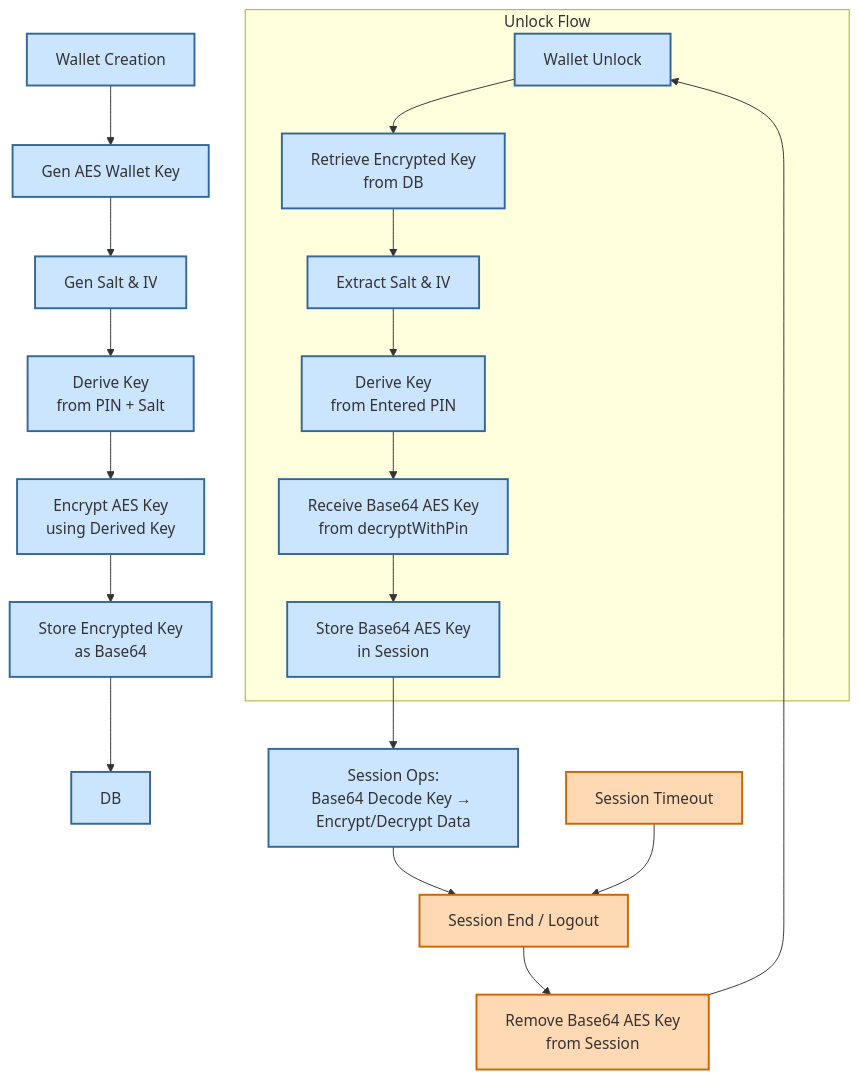
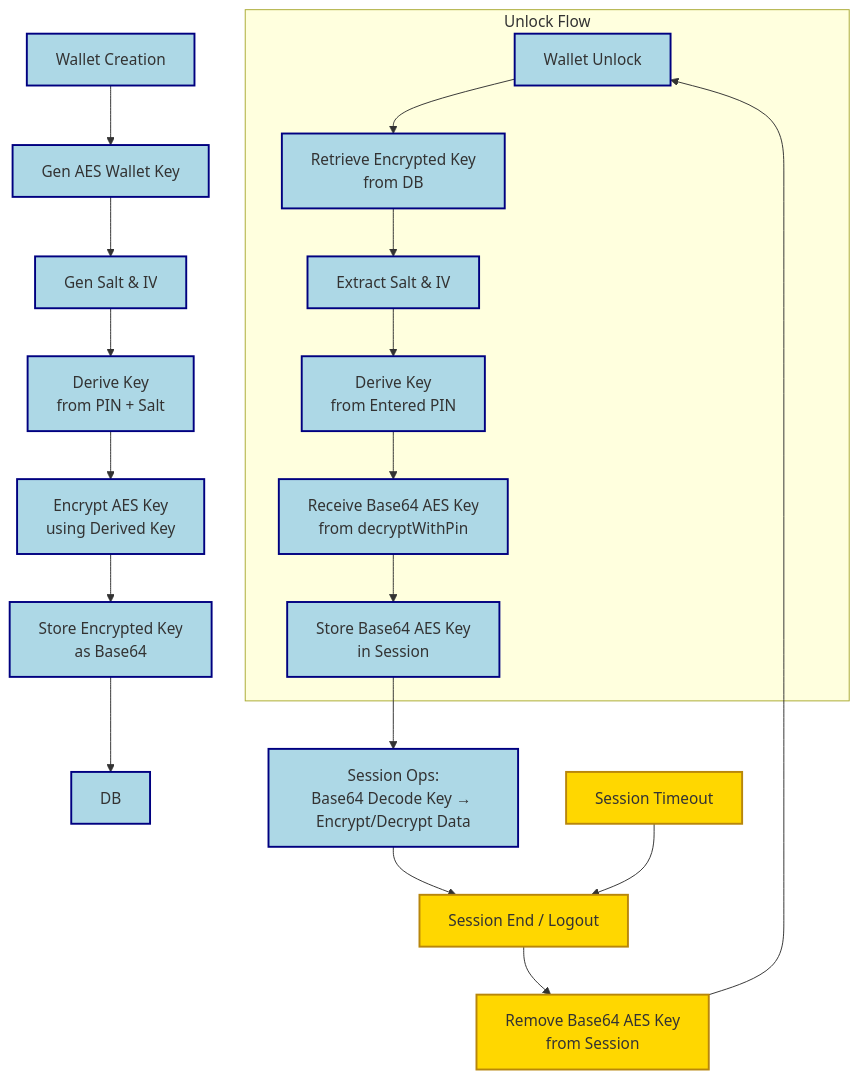
The diagram in docs/UserDataEncryptionWithPinBasedKey.md (injibr/mimoto), drawn with Mermaid before and after one commit.

Commit message:
injiweb-1552 changing colours for dark mode

````diff
--- a/docs/UserDataEncryptionWithPinBasedKey.md
+++ b/docs/UserDataEncryptionWithPinBasedKey.md
@@ -78,36 +78,36 @@
 ```mermaid
 flowchart TD
 %% Wallet Creation Flow
 A[Wallet Creation] --> B[Gen AES Wallet Key]
 B --> C[Gen Salt & IV]
 C --> D[Derive Key<br>from PIN + Salt]
 D --> E[Encrypt AES Key<br>using Derived Key]
 E --> F[Store Encrypted Key<br>as Base64]
 F --> G[DB]
 
     %% Wallet Unlock Subgraph
     subgraph Unlock Flow
         H[Wallet Unlock] --> I[Retrieve Encrypted Key<br>from DB]
         I --> J[Extract Salt & IV]
         J --> K[Derive Key<br>from Entered PIN]
         K --> L[Receive Base64 AES Key<br>from decryptWithPin]
         L --> M[Store Base64 AES Key<br>in Session]
     end
 
     %% Session Operations
     M --> N[Session Ops:<br>Base64 Decode Key → Encrypt/Decrypt Data]
     N --> O[Session End / Logout]
     O --> P[Remove Base64 AES Key<br>from Session]
     P --> H
 
     %% Session Timeout Node
     Q[Session Timeout] --> O
 
     %% Style classes
-    classDef stylePrimary fill:#CCE5FF,stroke:#336699,stroke-width:2px;
-    classDef styleSuccess fill:#D0F0C0,stroke:#3C8039,stroke-width:2px;
-    classDef styleWarning fill:#FFD9B3,stroke:#CC6600,stroke-width:2px;
+    classDef stylePrimary fill:#ADD8E6,stroke:#000080,stroke-width:2px;
+    classDef styleSuccess fill:#90EE90,stroke:#006400,stroke-width:2px;
+    classDef styleWarning fill:#FFD700,stroke:#B8860B,stroke-width:2px;
 
     class A,B,C,D,E,F,G,H,I,J,K,L,M,N stylePrimary
     class O,P,Q styleWarning
 ```
````
